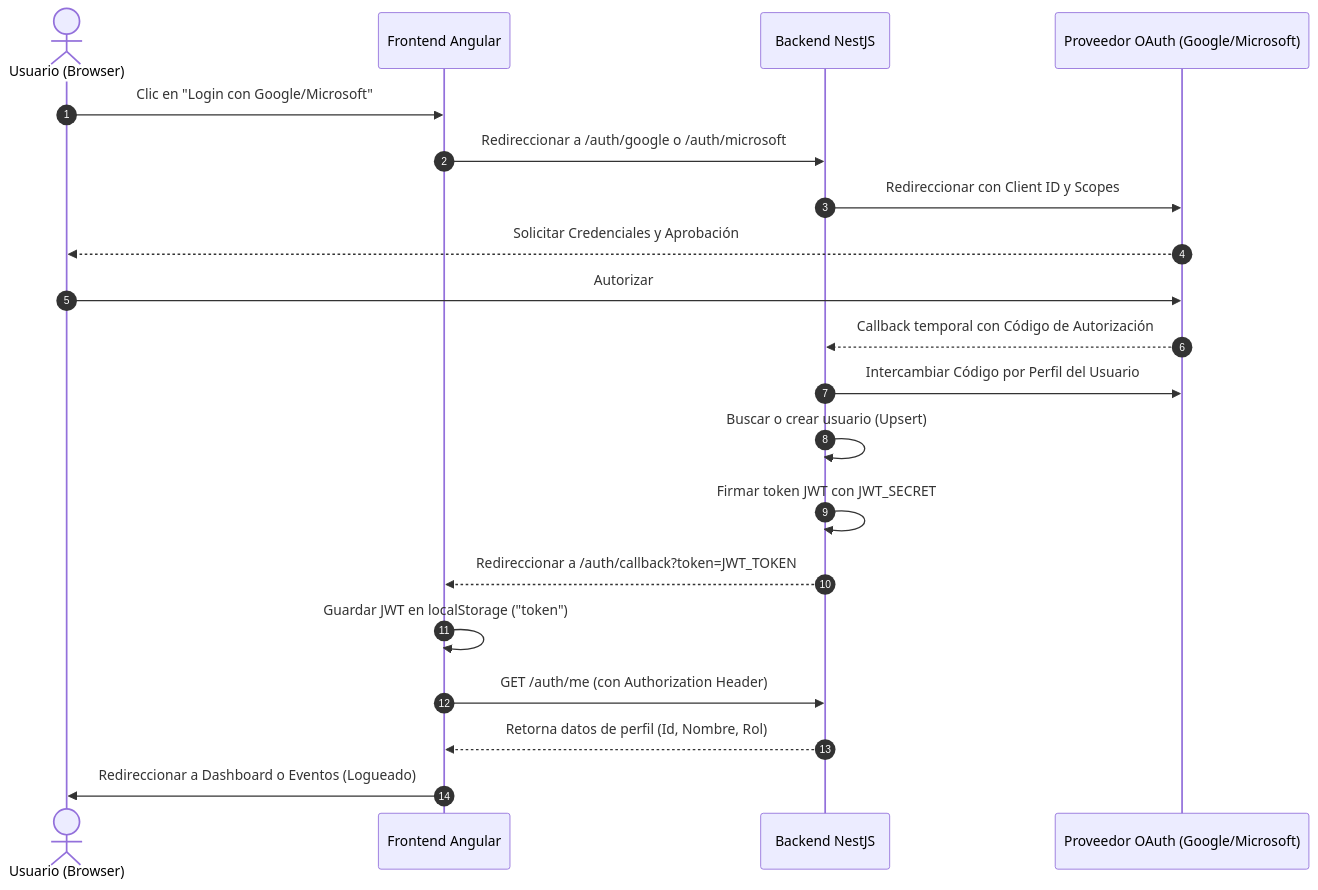
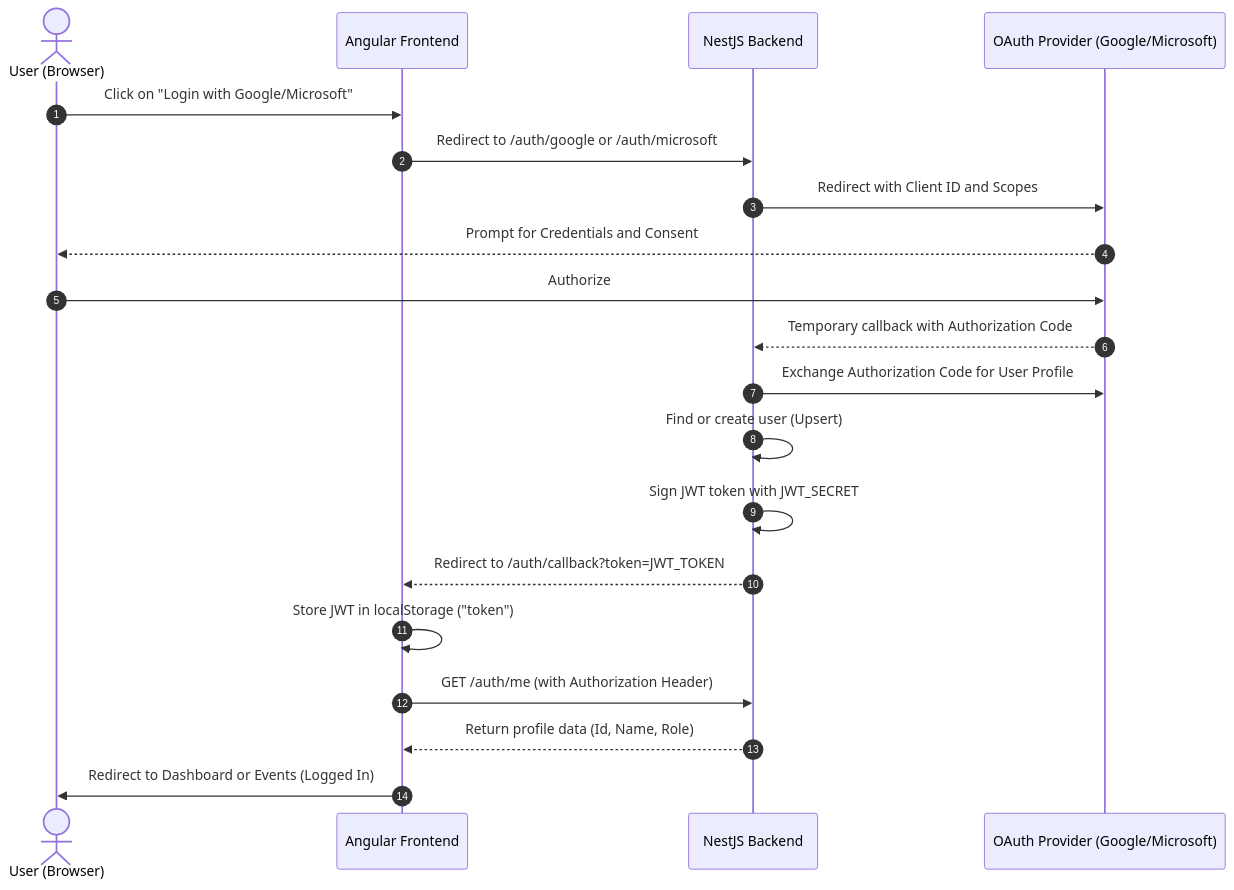
Before and after one commit to Catriel42/events-manager-jalau: the first of 2 diagrams in README.md, drawn with Mermaid. The commit also changed other lines of this file, not shown here.

````diff
--- a/README.md
+++ b/README.md
@@ -41,23 +41,23 @@
 ```mermaid
 sequenceDiagram
   autonumber
-  actor User as Usuario (Browser)
-  participant UI as Frontend Angular
-  participant API as Backend NestJS
-  participant Provider as Proveedor OAuth (Google/Microsoft)
+  actor User as User (Browser)
+  participant UI as Angular Frontend
+  participant API as NestJS Backend
+  participant Provider as OAuth Provider (Google/Microsoft)
 
-  User->>UI: Clic en "Login con Google/Microsoft"
-  UI->>API: Redireccionar a /auth/google o /auth/microsoft
-  API->>Provider: Redireccionar con Client ID y Scopes
-  Provider-->>User: Solicitar Credenciales y Aprobación
-  User->>Provider: Autorizar
-  Provider-->>API: Callback temporal con Código de Autorización
-  API->>Provider: Intercambiar Código por Perfil del Usuario
-  API->>API: Buscar o crear usuario (Upsert)
-  API->>API: Firmar token JWT con JWT_SECRET
-  API-->>UI: Redireccionar a /auth/callback?token=JWT_TOKEN
-  UI->>UI: Guardar JWT en localStorage ("token")
-  UI->>API: GET /auth/me (con Authorization Header)
-  API-->>UI: Retorna datos de perfil (Id, Nombre, Rol)
-  UI->>User: Redireccionar a Dashboard o Eventos (Logueado)
+  User->>UI: Click on "Login with Google/Microsoft"
+  UI->>API: Redirect to /auth/google or /auth/microsoft
+  API->>Provider: Redirect with Client ID and Scopes
+  Provider-->>User: Prompt for Credentials and Consent
+  User->>Provider: Authorize
+  Provider-->>API: Temporary callback with Authorization Code
+  API->>Provider: Exchange Authorization Code for User Profile
+  API->>API: Find or create user (Upsert)
+  API->>API: Sign JWT token with JWT_SECRET
+  API-->>UI: Redirect to /auth/callback?token=JWT_TOKEN
+  UI->>UI: Store JWT in localStorage ("token")
+  UI->>API: GET /auth/me (with Authorization Header)
+  API-->>UI: Return profile data (Id, Name, Role)
+  UI->>User: Redirect to Dashboard or Events (Logged In)
 ```
````
